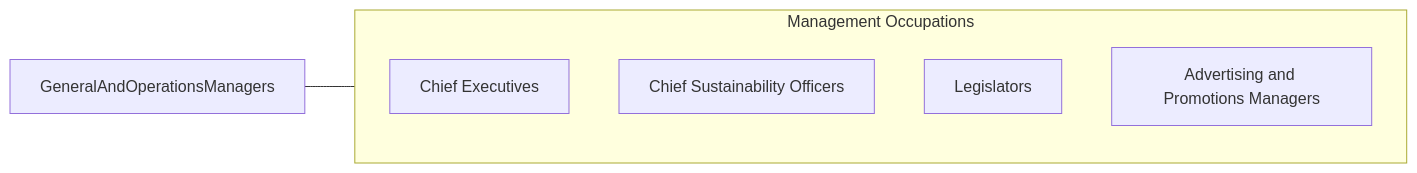
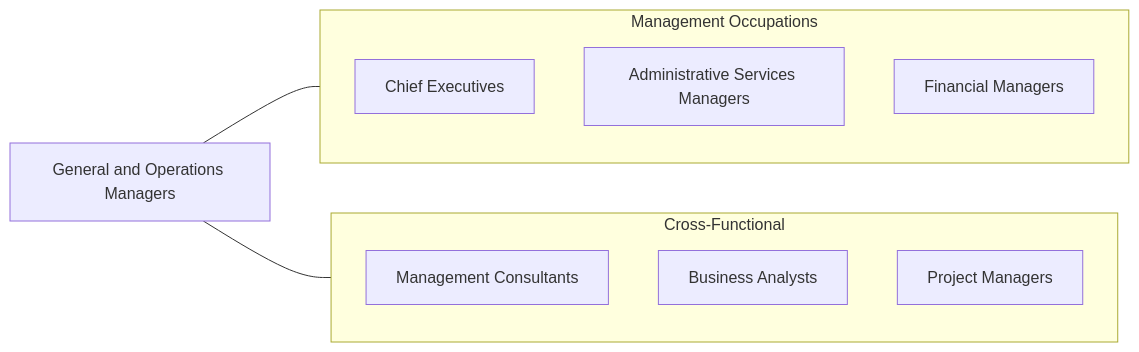
Before and after one commit to kziemski/business.org.ai: the fourth of 4 diagrams in occupations/Management/GeneralAndOperationsManagers.mdx, drawn with Mermaid. The commit also changed other lines of this file and 938 other files, not shown here.

````diff
--- a/occupations/Management/GeneralAndOperationsManagers.mdx
+++ b/occupations/Management/GeneralAndOperationsManagers.mdx
@@ -121,13 +173,19 @@
 ```mermaid
 graph LR
-    Current["GeneralAndOperationsManagers"]
+    GOps["General and Operations Managers"]
 
     subgraph SameCategory["Management Occupations"]
-        ChiefExecutives["Chief Executives"]
-        ChiefSustainabilityO["Chief Sustainability Officers"]
-        Legislators["Legislators"]
-        AdvertisingAndPromot["Advertising and Promotions Managers"]
+        CE["Chief Executives"]
+        ASM["Administrative Services Managers"]
+        FM["Financial Managers"]
     end
 
-    Current --- SameCategory
+    subgraph CrossFunctional["Cross-Functional"]
+        MC["Management Consultants"]
+        BA["Business Analysts"]
+        PM["Project Managers"]
+    end
+
+    GOps --- SameCategory
+    GOps --- CrossFunctional
 ```
````
